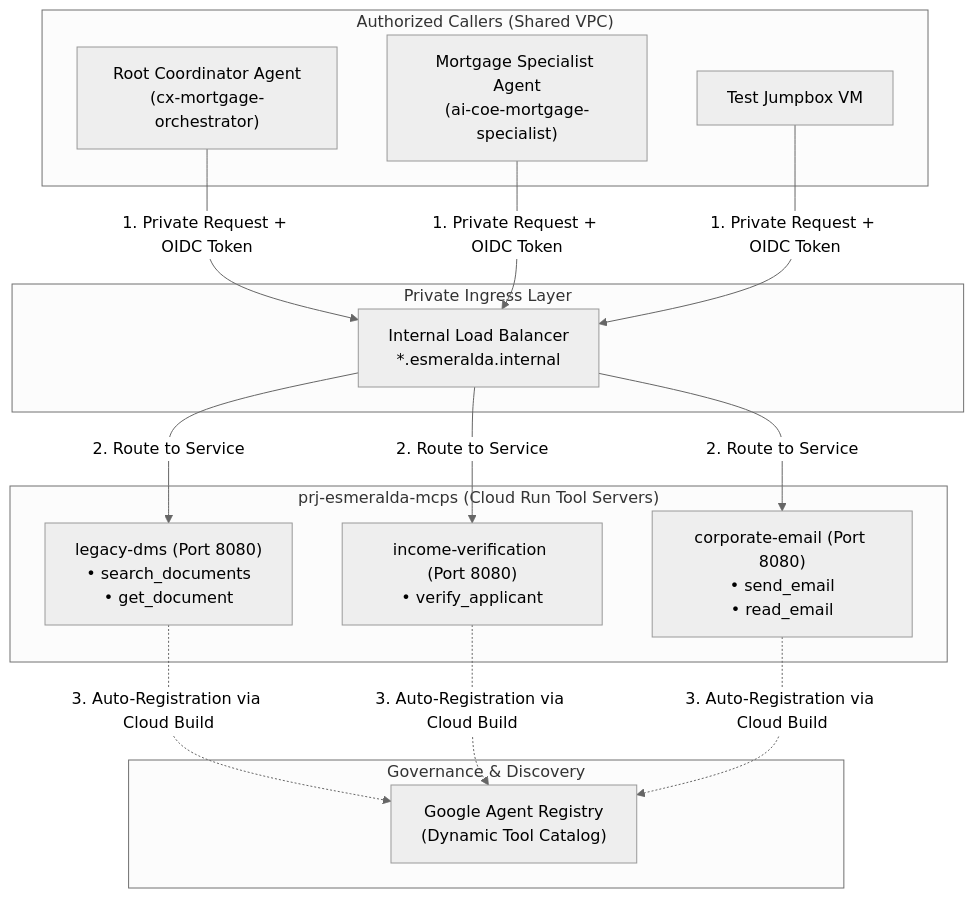
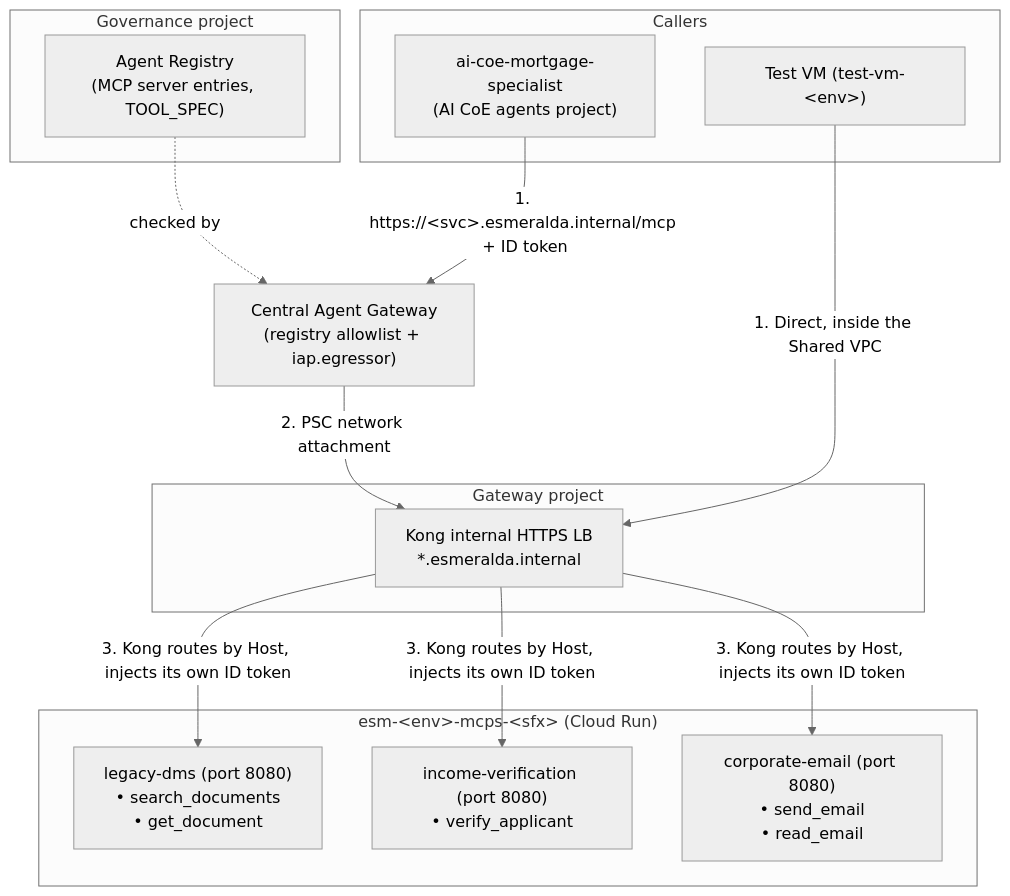
The diagram in docs/2-workloads-and-catalog/02-mcp-tool-servers.md (google/esmeralda), drawn with Mermaid (neutral theme) before and after one commit. The commit also changed other lines of this file and 15 other files, not shown here.

First line of the commit message:
docs: revise all docs for team-based names and current architecture

````diff
--- a/docs/2-workloads-and-catalog/02-mcp-tool-servers.md
+++ b/docs/2-workloads-and-catalog/02-mcp-tool-servers.md
@@ -44,26 +46,29 @@
 ```mermaid
 flowchart TD
-    subgraph Clients["Authorized Callers (Shared VPC)"]
-        RootAgent["Root Coordinator Agent<br/>(cx-mortgage-orchestrator)"]
-        A2AAgent["Mortgage Specialist Agent<br/>(ai-coe-mortgage-specialist)"]
-        TestVM["Test Jumpbox VM"]
+    subgraph Clients["Callers"]
+        A2AAgent["ai-coe-mortgage-specialist<br/>(AI CoE agents project)"]
+        TestVM["Test VM (test-vm-#60;env#62;)"]
     end
 
-    subgraph Gateway["Private Ingress Layer"]
-        ILB["Internal Load Balancer<br/>*.esmeralda.internal"]
+    AGW["Central Agent Gateway<br/>(registry allowlist + iap.egressor)"]
+
+    subgraph Gateway["Gateway project"]
+        ILB["Kong internal HTTPS LB<br/>*.esmeralda.internal"]
     end
 
-    subgraph Tools["prj-esmeralda-mcps (Cloud Run Tool Servers)"]
-        DMS["legacy-dms (Port 8080)<br/>• search_documents<br/>• get_document"]
-        Income["income-verification (Port 8080)<br/>• verify_applicant"]
-        Email["corporate-email (Port 8080)<br/>• send_email<br/>• read_email"]
+    subgraph Tools["esm-#60;env#62;-mcps-#60;sfx#62; (Cloud Run)"]
+        DMS["legacy-dms (port 8080)<br/>• search_documents<br/>• get_document"]
+        Income["income-verification (port 8080)<br/>• verify_applicant"]
+        Email["corporate-email (port 8080)<br/>• send_email<br/>• read_email"]
     end
 
-    subgraph Catalog["Governance & Discovery"]
-        Registry["Google Agent Registry<br/>(Dynamic Tool Catalog)"]
+    subgraph Catalog["Governance project"]
+        Registry["Agent Registry<br/>(MCP server entries, TOOL_SPEC)"]
     end
 
-    RootAgent & A2AAgent & TestVM -->|1. Private Request + OIDC Token| ILB
-    ILB -->|2. Route to Service| DMS & Income & Email
-    DMS & Income & Email -.->|3. Auto-Registration via Cloud Build| Registry
+    A2AAgent -->|"1. https://#60;svc#62;.esmeralda.internal/mcp + ID token"| AGW
+    AGW -->|2. PSC network attachment| ILB
+    TestVM -->|1. Direct, inside the Shared VPC| ILB
+    ILB -->|"3. Kong routes by Host, injects its own ID token"| DMS & Income & Email
+    Registry -.->|checked by| AGW
 ```
````
